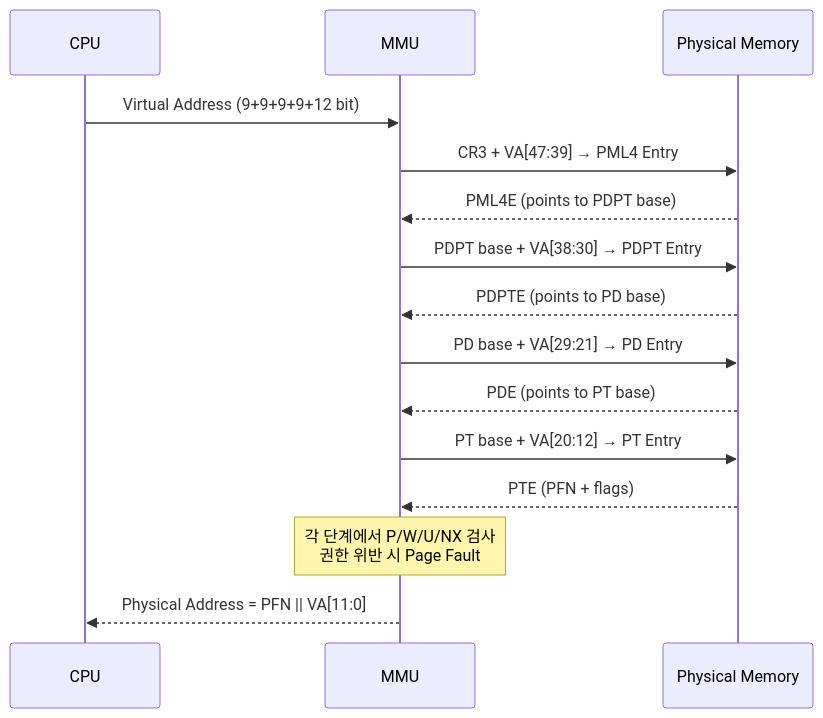
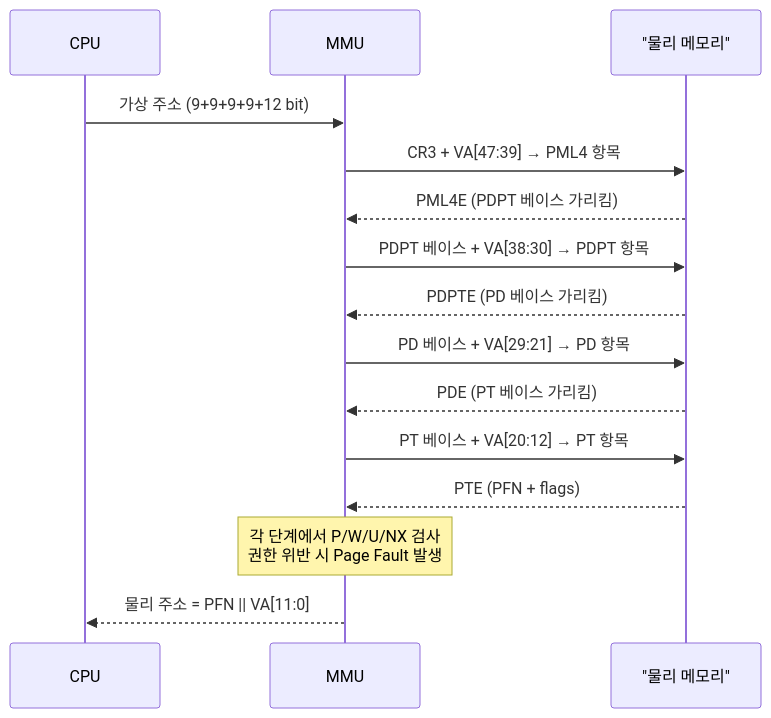
Before and after one commit to Jungle-12-303/wk07_6: the second of 2 diagrams in docs/blog/concepts/05-multi-level-page-table-and-mmu.md, drawn with Mermaid. The commit also changed other lines of this file and 26 other files, not shown here.

First line of the commit message:
docs: 블로그 소제목·Mermaid·ASCII 박스 가독성 정비

````diff
--- a/docs/blog/concepts/05-multi-level-page-table-and-mmu.md
+++ b/docs/blog/concepts/05-multi-level-page-table-and-mmu.md
@@ -58,17 +58,17 @@
 ```mermaid
 sequenceDiagram
     participant CPU
     participant MMU
-    participant MEM as Physical Memory
-    CPU->>MMU: Virtual Address (9+9+9+9+12 bit)
-    MMU->>MEM: CR3 + VA[47:39] → PML4 Entry
-    MEM-->>MMU: PML4E (points to PDPT base)
-    MMU->>MEM: PDPT base + VA[38:30] → PDPT Entry
-    MEM-->>MMU: PDPTE (points to PD base)
-    MMU->>MEM: PD base + VA[29:21] → PD Entry
-    MEM-->>MMU: PDE (points to PT base)
-    MMU->>MEM: PT base + VA[20:12] → PT Entry
+    participant MEM as "물리 메모리"
+    CPU->>MMU: 가상 주소 (9+9+9+9+12 bit)
+    MMU->>MEM: CR3 + VA[47:39] → PML4 항목
+    MEM-->>MMU: PML4E (PDPT 베이스 가리킴)
+    MMU->>MEM: PDPT 베이스 + VA[38:30] → PDPT 항목
+    MEM-->>MMU: PDPTE (PD 베이스 가리킴)
+    MMU->>MEM: PD 베이스 + VA[29:21] → PD 항목
+    MEM-->>MMU: PDE (PT 베이스 가리킴)
+    MMU->>MEM: PT 베이스 + VA[20:12] → PT 항목
     MEM-->>MMU: PTE (PFN + flags)
-    Note over MMU: 각 단계에서 P/W/U/NX 검사<br/>권한 위반 시 Page Fault
-    MMU-->>CPU: Physical Address = PFN || VA[11:0]
+    Note over MMU: 각 단계에서 P/W/U/NX 검사<br/>권한 위반 시 Page Fault 발생
+    MMU-->>CPU: 물리 주소 = PFN || VA[11:0]
 ```
````
